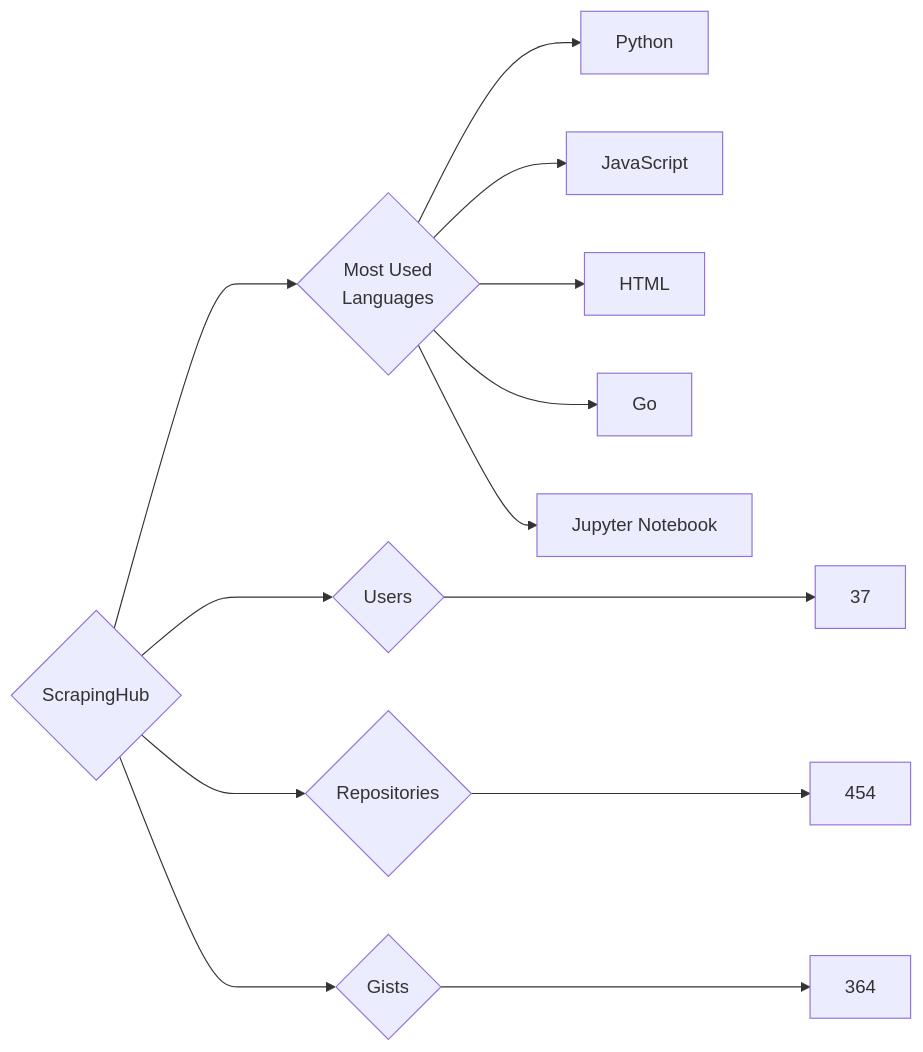
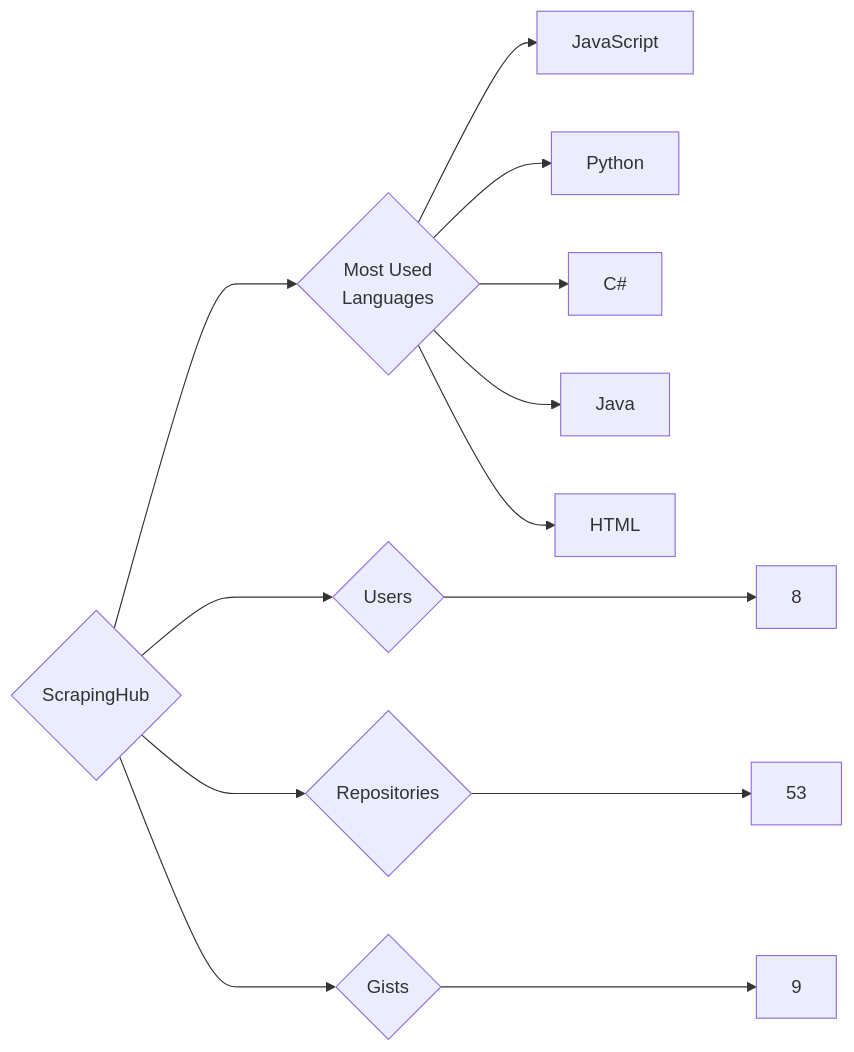
One commit to trickest/insiders changed the diagram in targets/ScrapingHub/README.md. Above: the diagram before and after it, drawn with Mermaid. The commit also changed 1496 other files, not shown here.

````diff
--- a/targets/ScrapingHub/README.md
+++ b/targets/ScrapingHub/README.md
@@ -3,13 +3,13 @@
 ```mermaid
 graph LR
 COMPANY_NAME{ScrapingHub}
-COMPANY_NAME ---> U{Users} ---> UN[37]
-COMPANY_NAME ---> R{Repositories} ---> RN[454]
-COMPANY_NAME ---> G{Gists} ---> GN[364]
+COMPANY_NAME ---> U{Users} ---> UN[8]
+COMPANY_NAME ---> R{Repositories} ---> RN[53]
+COMPANY_NAME ---> G{Gists} ---> GN[9]
 COMPANY_NAME ---> ML{Most Used<br>Languages}
+ML --> JavaScript[JavaScript]
 ML --> Python[Python]
-ML --> JavaScript[JavaScript]
+ML --> C#[C#]
+ML --> Java[Java]
 ML --> HTML[HTML]
-ML --> Go[Go]
-ML --> Jupyter_Notebook[Jupyter Notebook]
 ```
````
